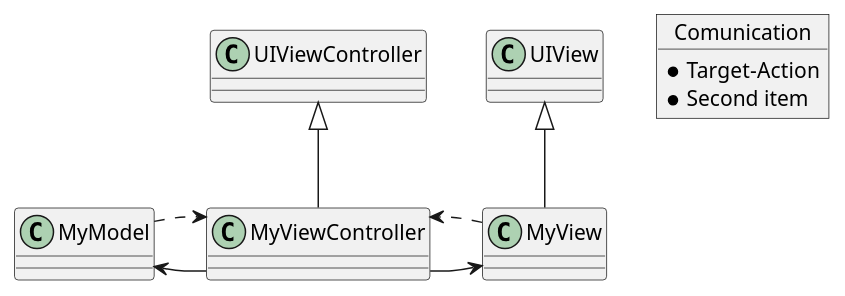
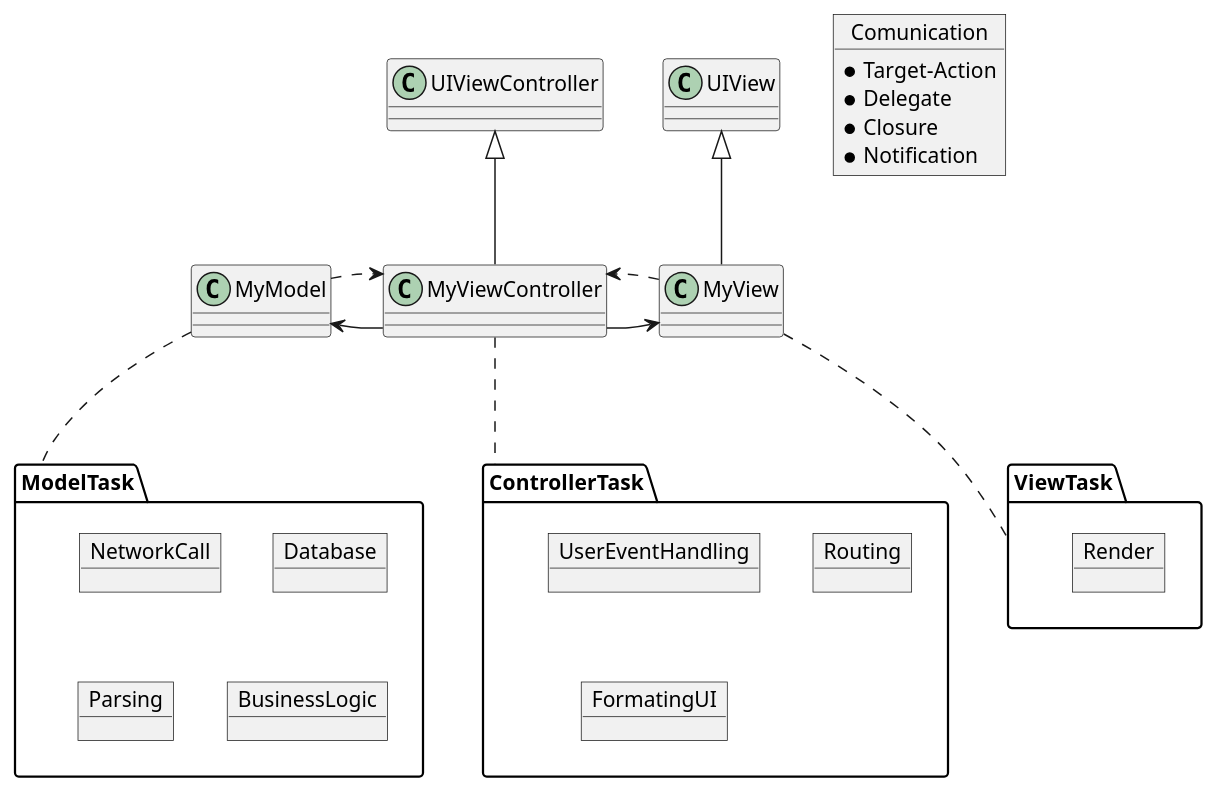
Before and after one commit to nguyenductho89/umls: the diagram in mvc.wsd, drawn with PlantUML. The commit also changed 3 other files, not shown here.

```diff
--- a/mvc.wsd
+++ b/mvc.wsd
@@ -1,19 +1,45 @@
 @startuml
+
+package ModelTask {
+  object NetworkCall
+  object Database
+  object Parsing
+  object BusinessLogic
+}
+
+package ViewTask {
+  object Render
+}
+
+package ControllerTask {
+  object UserEventHandling
+  object Routing
+  object FormatingUI
+}
+
 object Comunication {
   * Target-Action
-  * Second item
+  * Delegate
+  * Closure
+  * Notification
 }
+
+
 class UIViewController {}
 class UIView {}
 class MyViewController {}
 class MyView {}
+
 class MyModel
 UIViewController <|-- MyViewController
 UIView <|-- MyView
 
 MyViewController -> MyView
 MyView .> MyViewController
 MyModel <- MyViewController
 MyModel .> MyViewController
+MyModel ... ModelTask
+MyViewController ... ControllerTask
+MyView ... ViewTask
 
 @enduml
```
